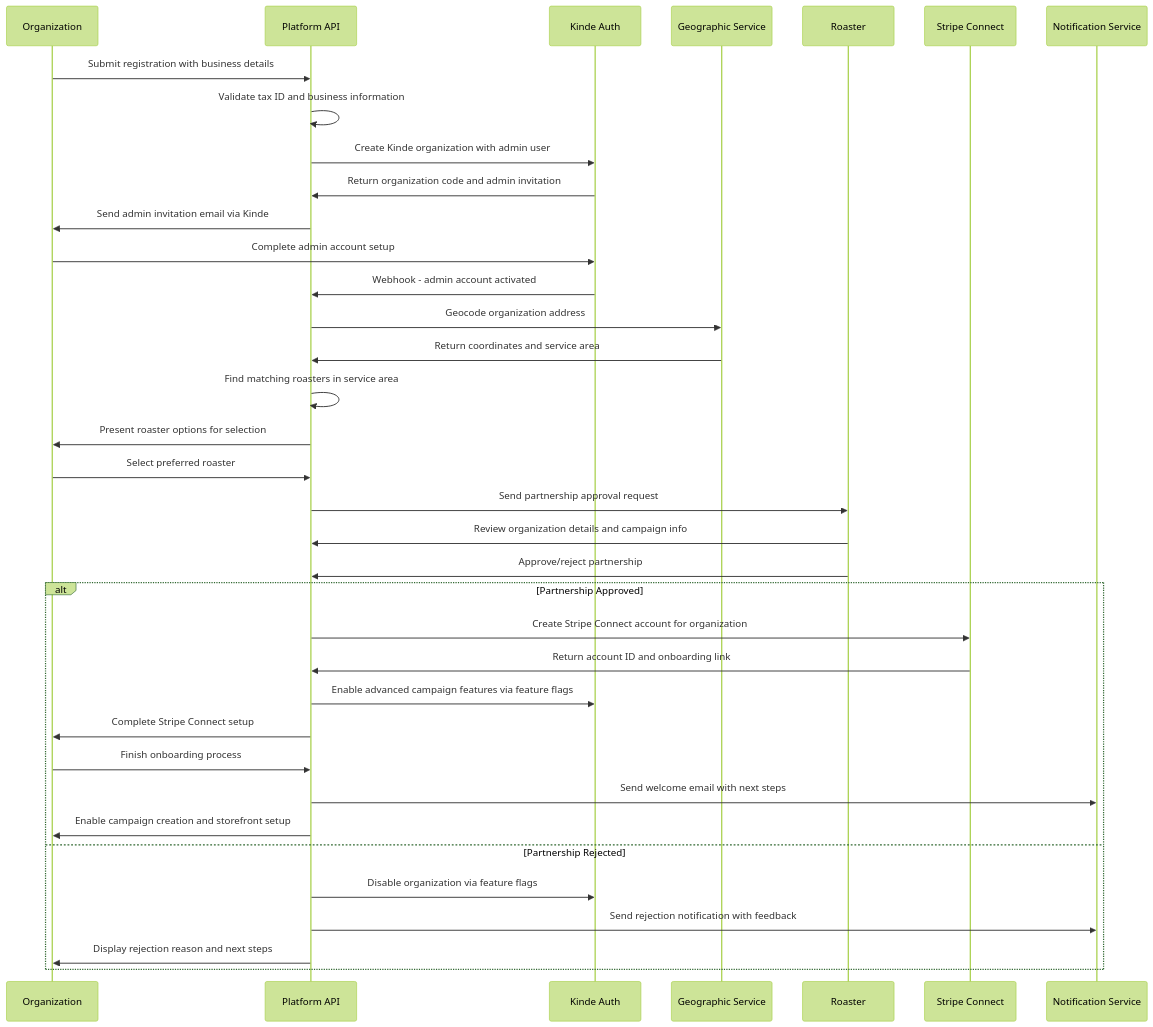
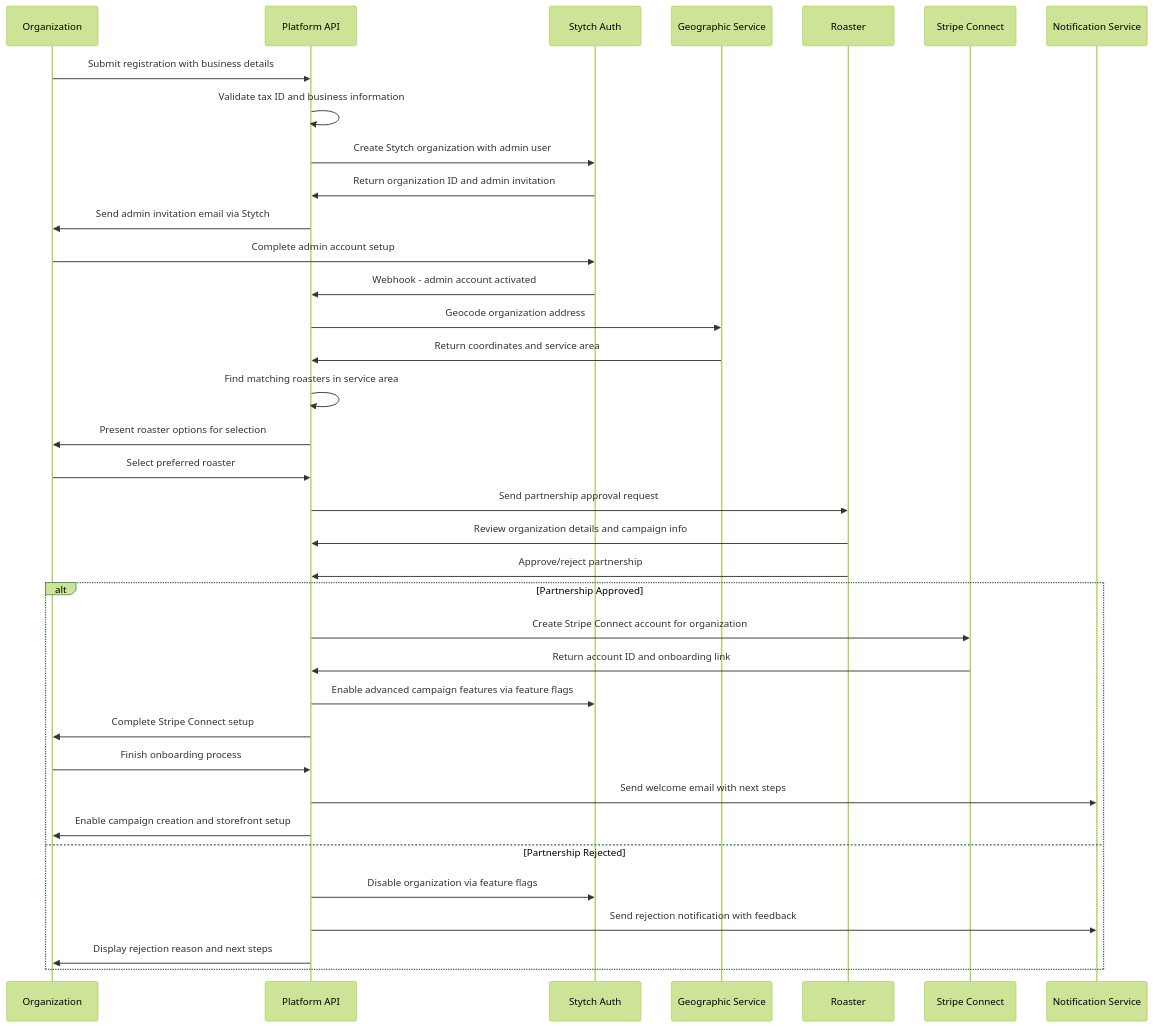
The diagram in docs/stories/2.2.organization-onboarding-workflow.md (FireFlyMediaGroup/joeperks_platform_v2), drawn with Mermaid (forest theme) before and after one commit. The commit also changed other lines of this file and 114 other files, not shown here.

First line of the commit message:
feat(platform): scaffold marketplace APIs and portal auth/org flows; update configs and docs

````diff
--- a/docs/stories/2.2.organization-onboarding-workflow.md
+++ b/docs/stories/2.2.organization-onboarding-workflow.md
@@ -77,39 +77,39 @@
 ```mermaid
 sequenceDiagram
     participant O as Organization
     participant P as Platform API
-    participant K as Kinde Auth
+    participant K as Stytch Auth
     participant G as Geographic Service
     participant R as Roaster
     participant S as Stripe Connect
     participant N as Notification Service
 
     O->>P: Submit registration with business details
     P->>P: Validate tax ID and business information
-    P->>K: Create Kinde organization with admin user
-    K->>P: Return organization code and admin invitation
-    P->>O: Send admin invitation email via Kinde
+    P->>K: Create Stytch organization with admin user
+    K->>P: Return organization ID and admin invitation
+    P->>O: Send admin invitation email via Stytch
     O->>K: Complete admin account setup
     K->>P: Webhook - admin account activated
     P->>G: Geocode organization address
     G->>P: Return coordinates and service area
     P->>P: Find matching roasters in service area
     P->>O: Present roaster options for selection
     O->>P: Select preferred roaster
     P->>R: Send partnership approval request
     R->>P: Review organization details and campaign info
     R->>P: Approve/reject partnership
     alt Partnership Approved
         P->>S: Create Stripe Connect account for organization
         S->>P: Return account ID and onboarding link
         P->>K: Enable advanced campaign features via feature flags
         P->>O: Complete Stripe Connect setup
         O->>P: Finish onboarding process
         P->>N: Send welcome email with next steps
         P->>O: Enable campaign creation and storefront setup
     else Partnership Rejected
         P->>K: Disable organization via feature flags
         P->>N: Send rejection notification with feedback
         P->>O: Display rejection reason and next steps
     end
 ```
````
